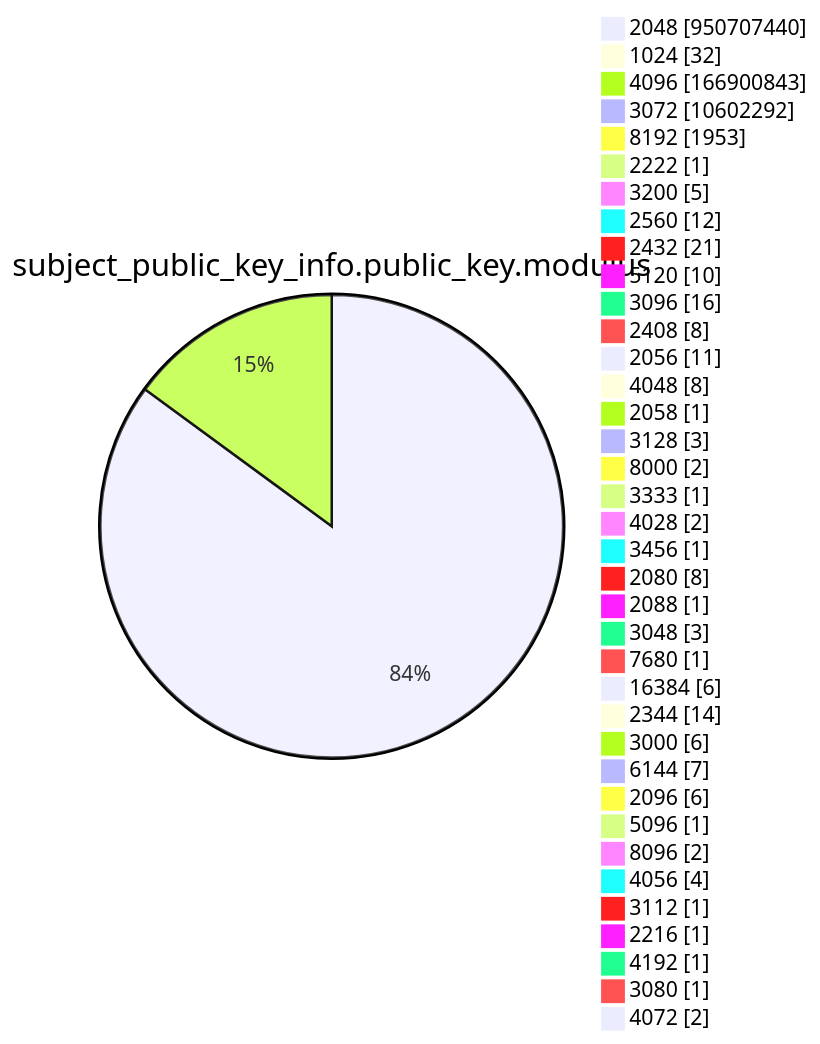
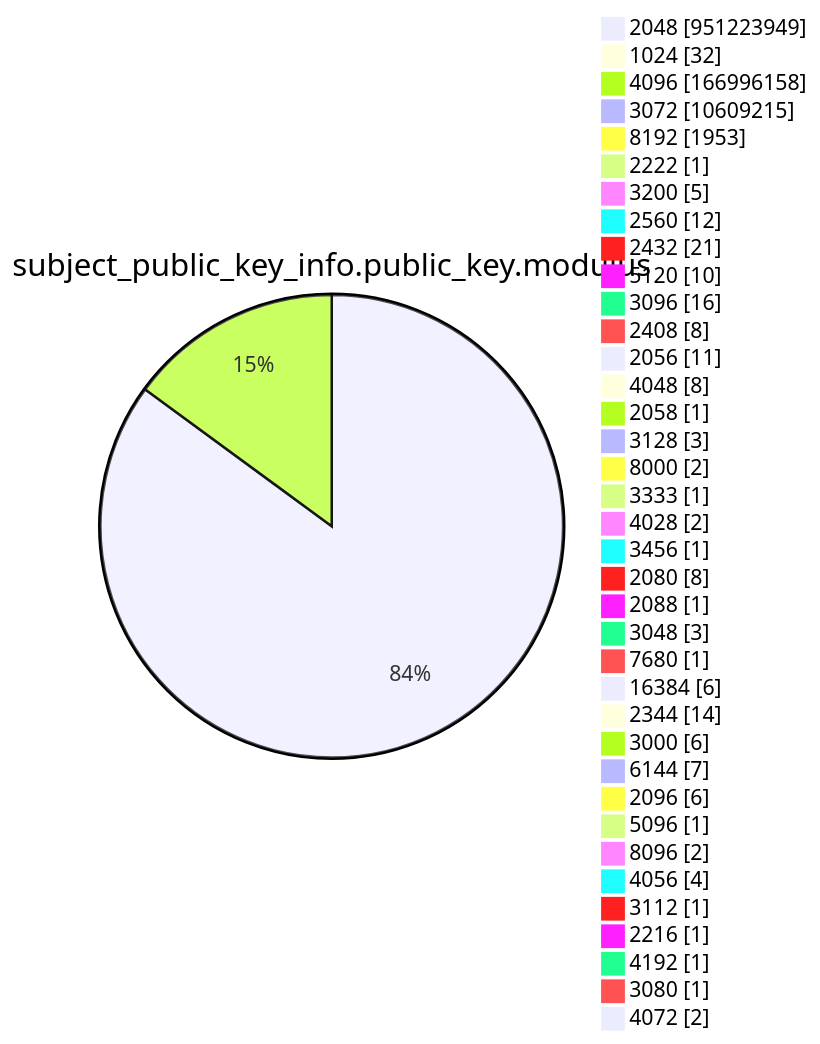
Diagram 13 of 15 in argon2022/README.md (christiankrug/ctmonitor_visualization), drawn with Mermaid before and after one commit. The commit also changed other lines of this file, not shown here.

````diff
--- a/argon2022/README.md
+++ b/argon2022/README.md
@@ -3585,41 +3585,41 @@
 ```mermaid
 pie showData
 title subject_public_key_info.public_key.modulus
-"2048" :950707440
+"2048" :951223949
 "1024" :32
-"4096" :166900843
-"3072" :10602292
+"4096" :166996158
+"3072" :10609215
 "8192" :1953
 "2222" :1
 "3200" :5
 "2560" :12
 "2432" :21
 "5120" :10
 "3096" :16
 "2408" :8
 "2056" :11
 "4048" :8
 "2058" :1
 "3128" :3
 "8000" :2
 "3333" :1
 "4028" :2
 "3456" :1
 "2080" :8
 "2088" :1
 "3048" :3
 "7680" :1
 "16384" :6
 "2344" :14
 "3000" :6
 "6144" :7
 "2096" :6
 "5096" :1
 "8096" :2
 "4056" :4
 "3112" :1
 "2216" :1
 "4192" :1
 "3080" :1
 "4072" :2
 ```
````
